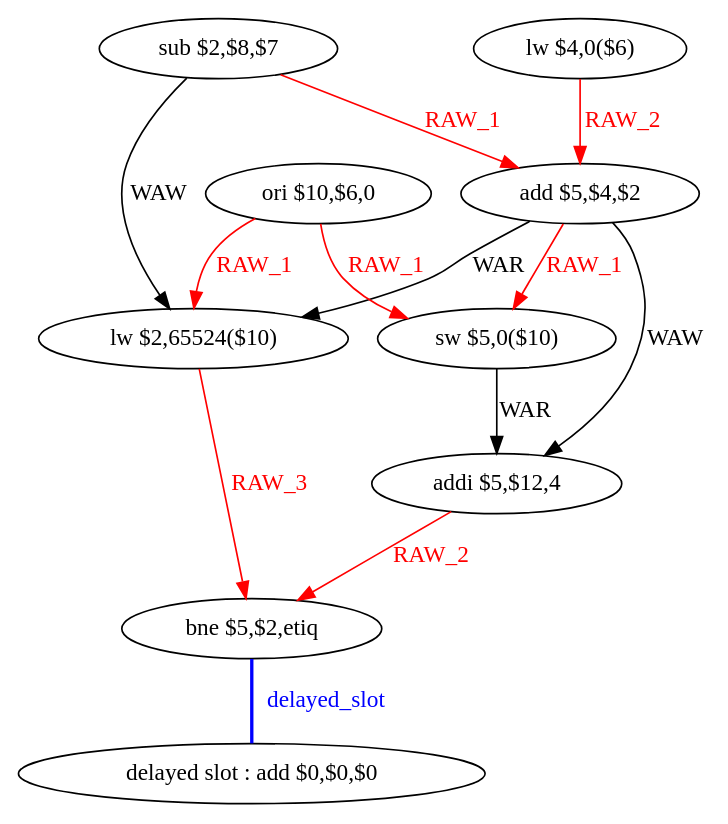
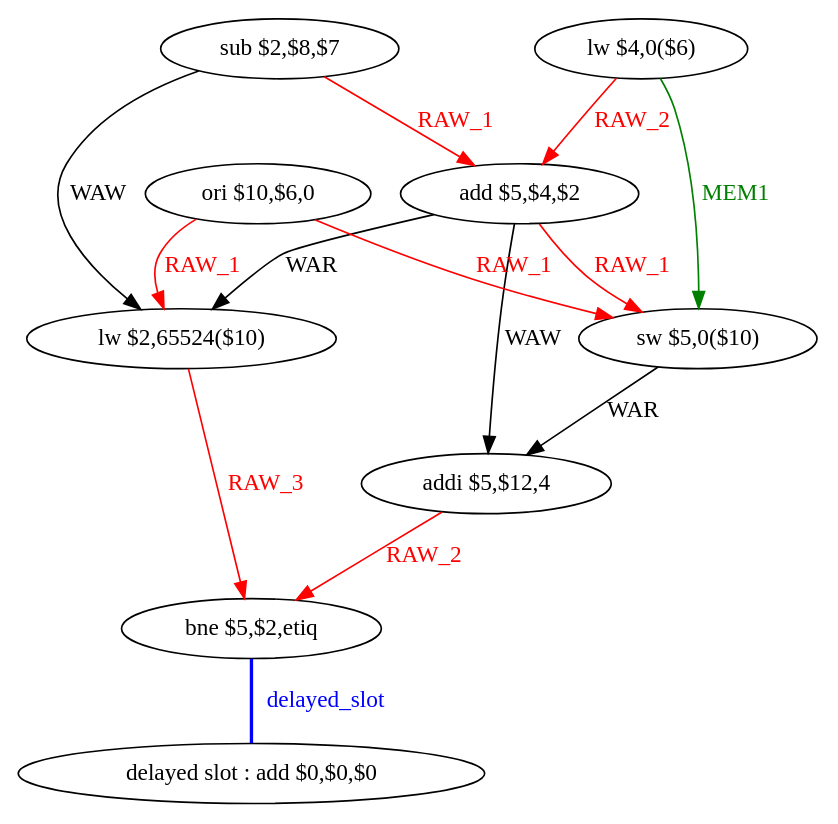
Before and after one commit to lisuxue/CA: the diagram in CoursCA/CodeEtudiant2019/CodeEtudiant/tmp/ex_simple_func_0_dfg_bb0.dot, drawn with Graphviz. The commit also changed 154 other files, not shown here.

```diff
--- a/CoursCA/CodeEtudiant2019/CodeEtudiant/tmp/ex_simple_func_0_dfg_bb0.dot
+++ b/CoursCA/CodeEtudiant2019/CodeEtudiant/tmp/ex_simple_func_0_dfg_bb0.dot
@@ -1,24 +1,25 @@
 digraph G1 {
 node [shape = ellipse];
 i8 [label = " delayed slot : add $0,$0,$0"] ;
 i7 ->  i8 [style = bold, dir= none, fontcolor = blue, color = blue, label= "delayed_slot"];
 i7 [label = "bne $5,$2,etiq"] ;
 i0 [label = "lw $4,0($6)"] ;
 i0 ->  i3 [color = red, fontcolor = red, label= "RAW_2"];
+i0 ->  i4 [color = green, fontcolor = green, label= "MEM1"];
 i3 [label = "add $5,$4,$2"] ;
 i3 ->  i4 [color = red, fontcolor = red, label= "RAW_1"];
 i3 ->  i5 [label= "WAR"];
 i3 ->  i6 [label= "WAW"];
 i4 [label = "sw $5,0($10)"] ;
 i4 ->  i6 [label= "WAR"];
 i6 [label = "addi $5,$12,4"] ;
 i6 ->  i7 [color = red, fontcolor = red, label= "RAW_2"];
 i5 [label = "lw $2,65524($10)"] ;
 i5 ->  i7 [color = red, fontcolor = red, label= "RAW_3"];
 i1 [label = "ori $10,$6,0"] ;
 i1 ->  i4 [color = red, fontcolor = red, label= "RAW_1"];
 i1 ->  i5 [color = red, fontcolor = red, label= "RAW_1"];
 i2 [label = "sub $2,$8,$7"] ;
 i2 ->  i3 [color = red, fontcolor = red, label= "RAW_1"];
 i2 ->  i5 [label= "WAW"];
 }
```
